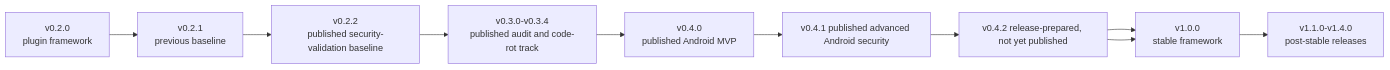
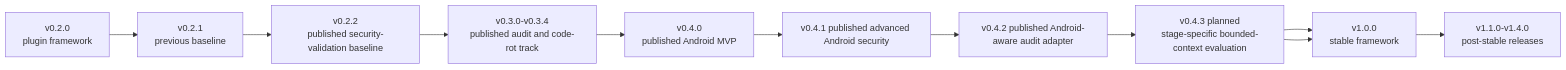
The first of 2 diagrams in docs/ROADMAP.md (dailephd/my-dev-kit-lab), drawn with Mermaid before and after one commit. The commit also changed other lines of this file and 15 other files, not shown here.

````diff
--- a/docs/ROADMAP.md
+++ b/docs/ROADMAP.md
@@ -9,11 +9,12 @@
 ```mermaid
 flowchart LR
   A[v0.2.0<br/>plugin framework] --> B[v0.2.1<br/>previous baseline]
   B --> C[v0.2.2<br/>published security-validation baseline]
   C --> D[v0.3.0-v0.3.4<br/>published audit and code-rot track]
   D --> E[v0.4.0<br/>published Android MVP]
-  E --> F[v0.4.1 published advanced Android security] --> G[v0.4.2 release-prepared, not yet published]
-  G --> H[individual v0.5.0 through v0.9.2<br/>experiment evidence releases]
-  G --> H[v1.0.0<br/>stable framework]
+  E --> F[v0.4.1 published advanced Android security] --> G[v0.4.2 published Android-aware audit adapter]
+  G --> G2[v0.4.3 planned<br/>stage-specific bounded-context evaluation]
+  G2 --> H[individual v0.5.0 through v0.9.2<br/>experiment evidence releases]
+  G2 --> H[v1.0.0<br/>stable framework]
   H --> I[v1.1.0-v1.4.0<br/>post-stable releases]
 ```
````
